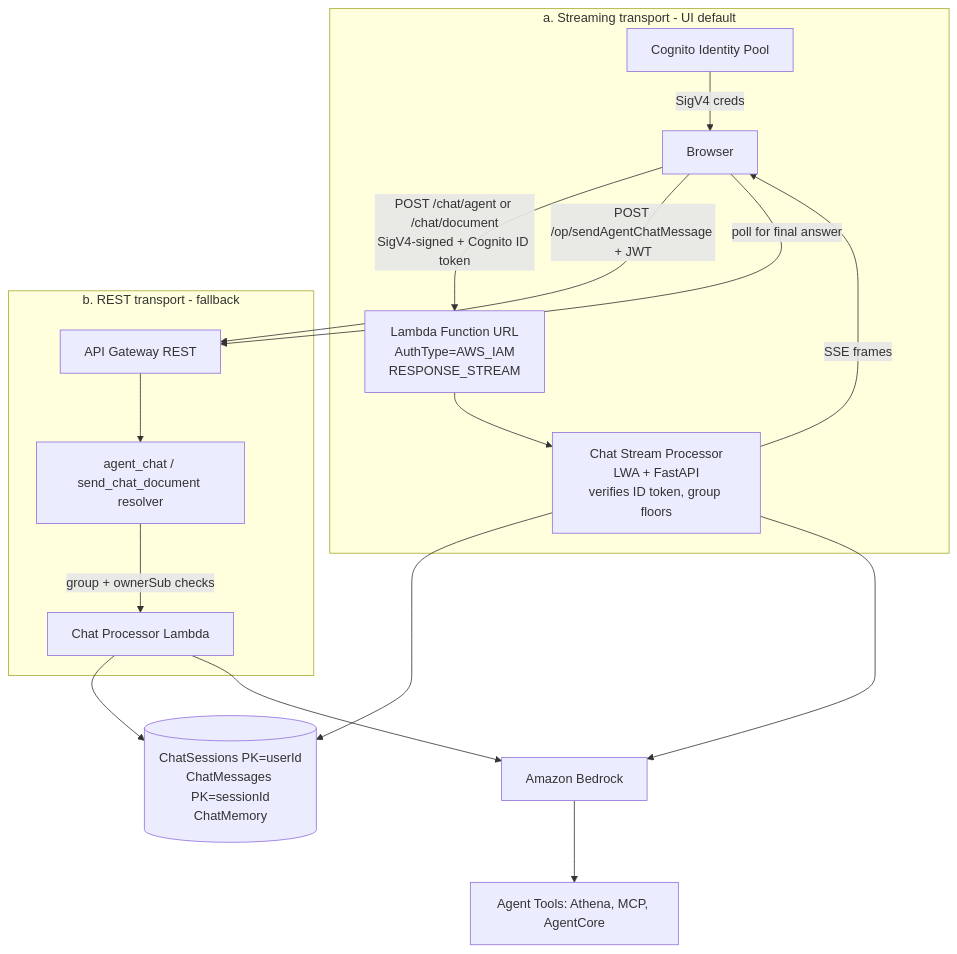
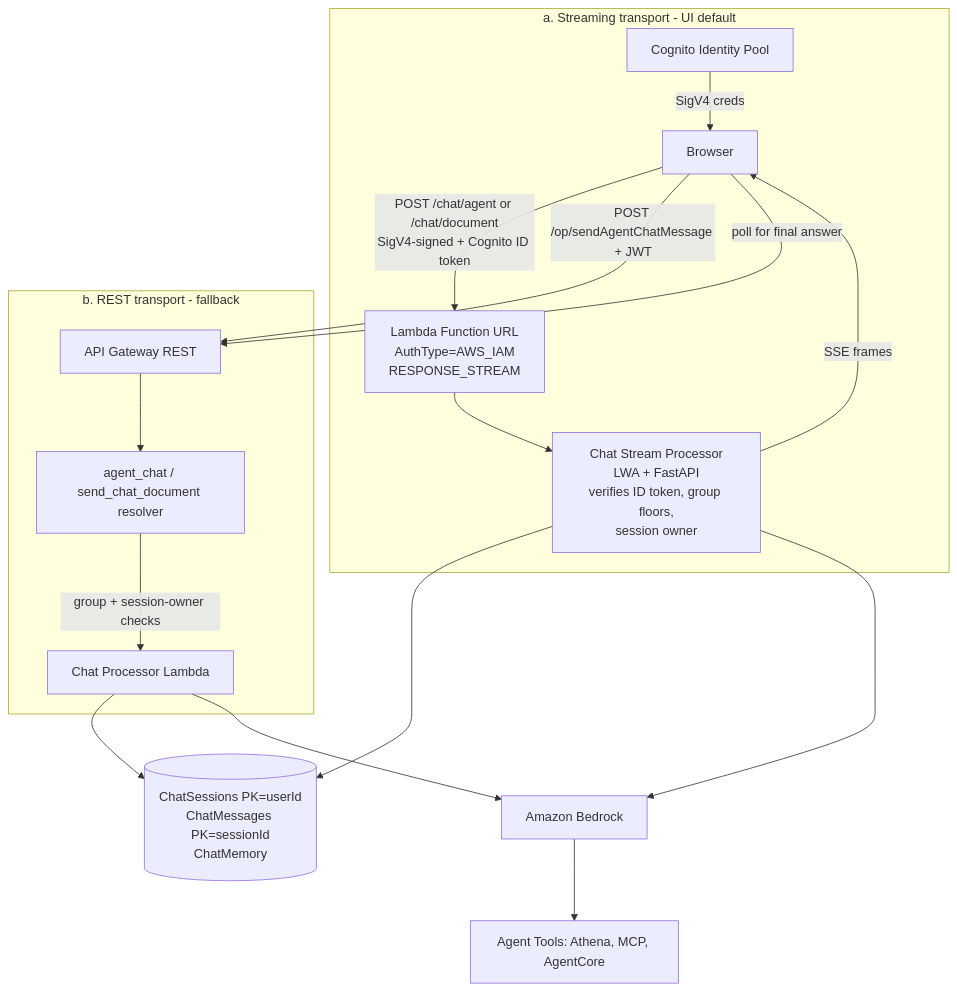
Before and after one commit to aws-solutions-library-samples/accelerated-intelligent-document-processing-on-aws: the diagram in security/threat-modeling/feature-threats/companion-chat.md, drawn with Mermaid. The commit also changed other lines of this file and 26 other files, not shown here.

First line of the commit message:
fix(chat): continue an agent chat session only for the user who owns it

````diff
--- a/security/threat-modeling/feature-threats/companion-chat.md
+++ b/security/threat-modeling/feature-threats/companion-chat.md
@@ -45,24 +47,24 @@
 ```mermaid
 flowchart TD
     Browser[Browser]
 
     subgraph Streaming[a. Streaming transport - UI default]
       IdPool[Cognito Identity Pool] -->|SigV4 creds| Browser
       Browser -->|"POST /chat/agent or /chat/document<br/>SigV4-signed + Cognito ID token"| FURL["Lambda Function URL<br/>AuthType=AWS_IAM<br/>RESPONSE_STREAM"]
-      FURL --> Proc[Chat Stream Processor<br/>LWA + FastAPI<br/>verifies ID token, group floors]
+      FURL --> Proc[Chat Stream Processor<br/>LWA + FastAPI<br/>verifies ID token, group floors,<br/>session owner]
       Proc -->|SSE frames| Browser
     end
 
     subgraph REST[b. REST transport - fallback]
       Browser -->|"POST /op/sendAgentChatMessage + JWT"| APIGW[API Gateway REST]
       APIGW --> Resolver[agent_chat / send_chat_document resolver]
-      Resolver -->|group + ownerSub checks| Proc2[Chat Processor Lambda]
+      Resolver -->|group + session-owner checks| Proc2[Chat Processor Lambda]
       Browser -->|poll for final answer| APIGW
     end
 
     Proc --> DDB[(ChatSessions PK=userId<br/>ChatMessages PK=sessionId<br/>ChatMemory)]
     Proc2 --> DDB
     Proc --> Bedrock[Amazon Bedrock]
     Proc2 --> Bedrock
     Bedrock --> Tools[Agent Tools: Athena, MCP, AgentCore]
 ```
````
